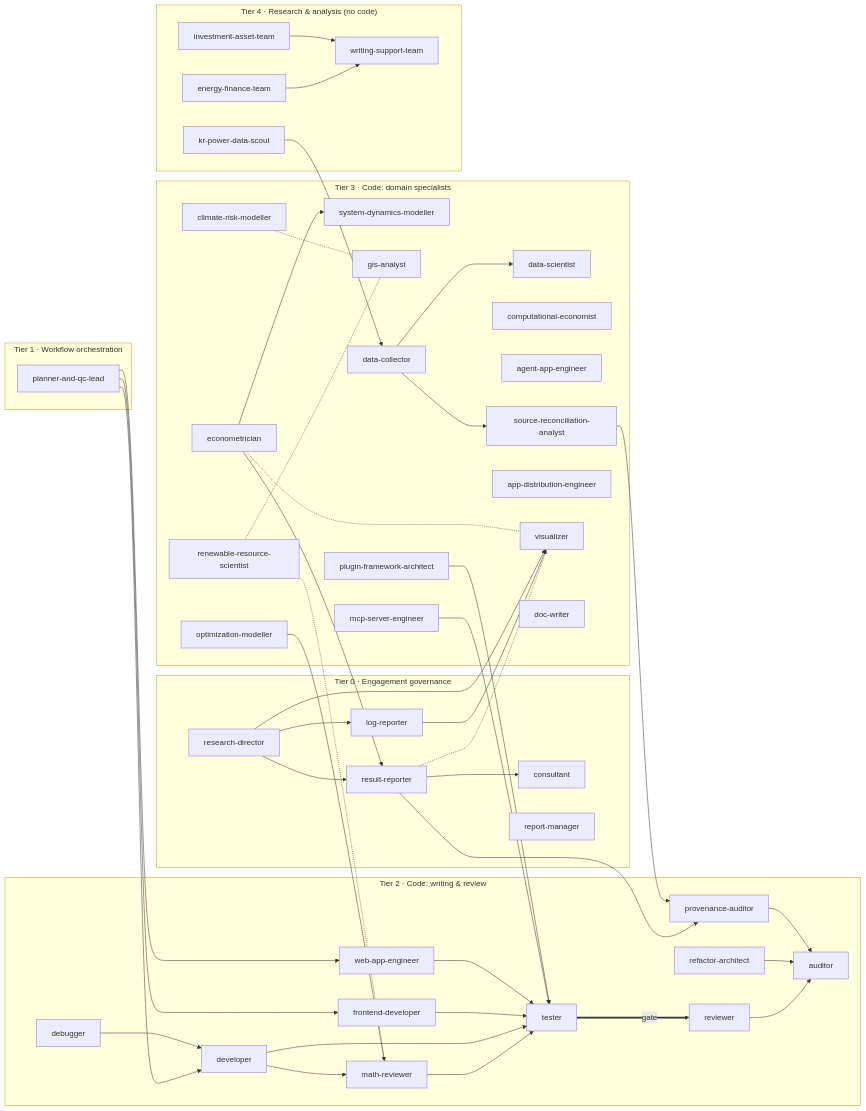
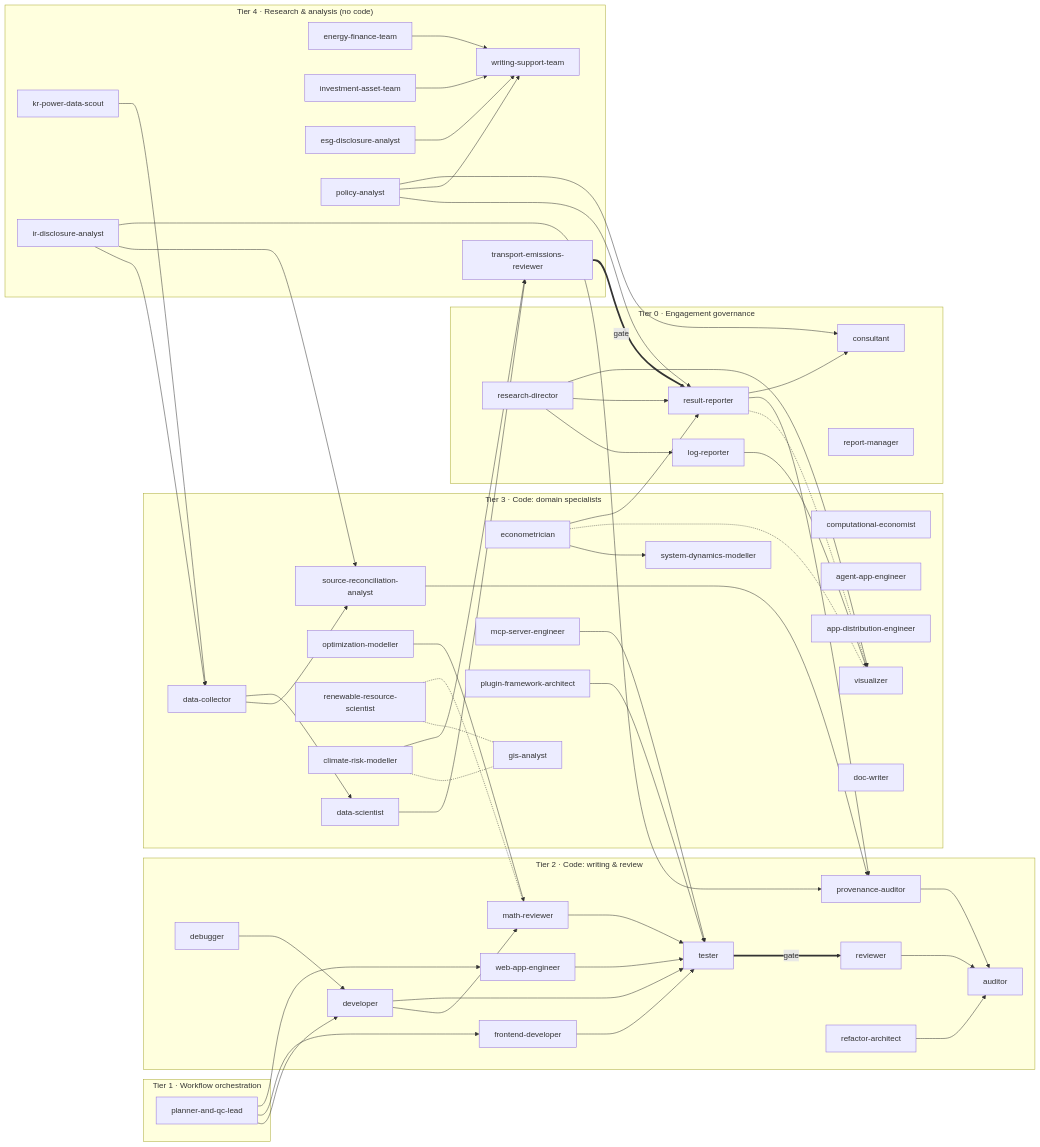
One commit to iam-hongsanghyun/claude-agents changed the first of 2 diagrams in agents/ONTOLOGY.md. Above: the diagram before and after it, drawn with Mermaid. The commit also changed other lines of this file and 21 other files, not shown here.

First line of the commit message:
feat(agents): ir-disclosure-analyst, transport-emissions-reviewer, esg-disclosure-analyst, policy-analyst

````diff
--- a/agents/ONTOLOGY.md
+++ b/agents/ONTOLOGY.md
@@ -79,6 +79,10 @@
     investment_asset_team["investment-asset-team"]
     kr_power_data_scout["kr-power-data-scout"]
     writing_support_team["writing-support-team"]
+    ir_disclosure_analyst["ir-disclosure-analyst"]
+    transport_emissions_reviewer["transport-emissions-reviewer"]
+    esg_disclosure_analyst["esg-disclosure-analyst"]
+    policy_analyst["policy-analyst"]
   end
   research_director --> log_reporter
   research_director --> result_reporter
@@ -115,4 +119,14 @@
   provenance_auditor --> auditor
   energy_finance_team --> writing_support_team
   investment_asset_team --> writing_support_team
+  ir_disclosure_analyst --> data_collector
+  ir_disclosure_analyst --> source_reconciliation_analyst
+  ir_disclosure_analyst --> provenance_auditor
+  transport_emissions_reviewer ==>|gate| result_reporter
+  climate_risk_modeller --> transport_emissions_reviewer
+  data_scientist --> transport_emissions_reviewer
+  esg_disclosure_analyst --> writing_support_team
+  policy_analyst --> result_reporter
+  policy_analyst --> writing_support_team
+  policy_analyst --> consultant
 ```
````
